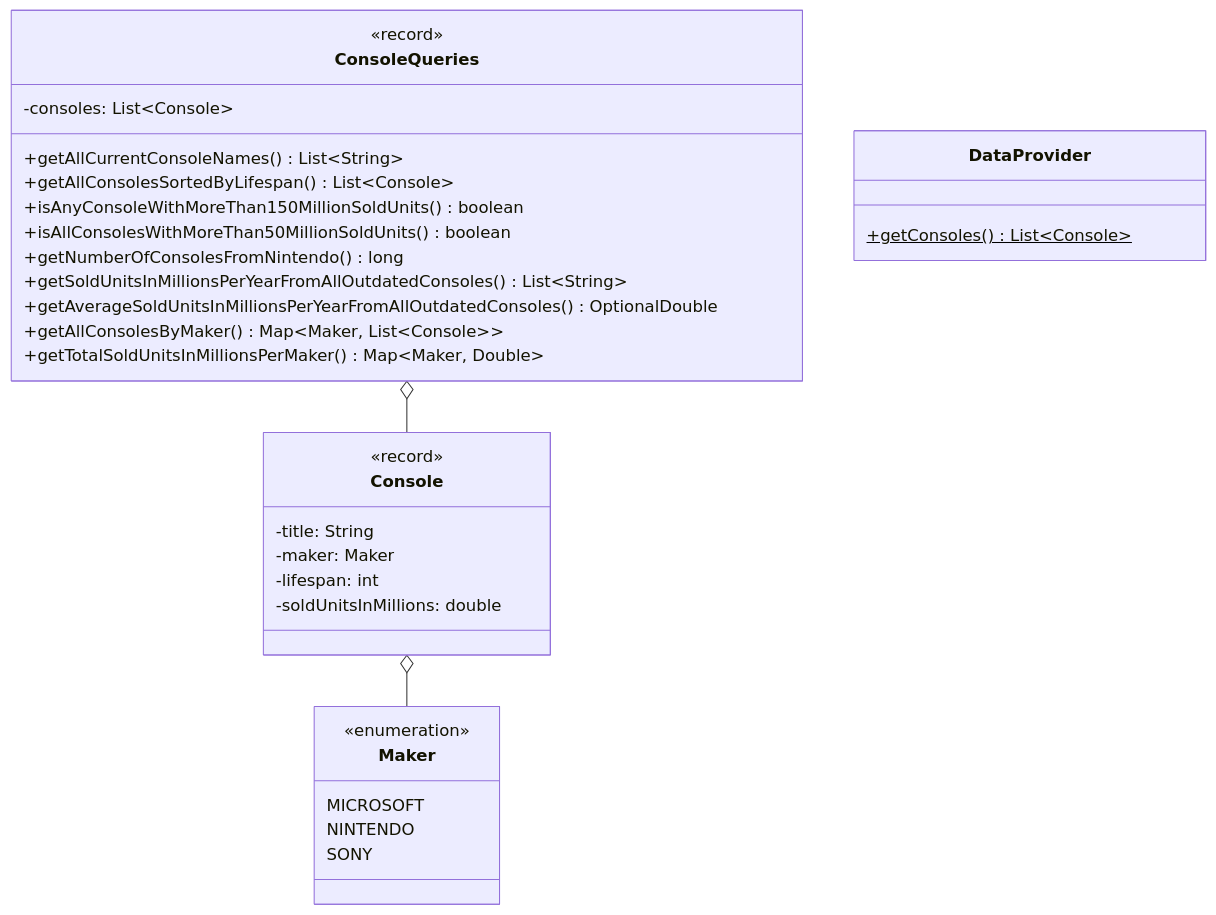
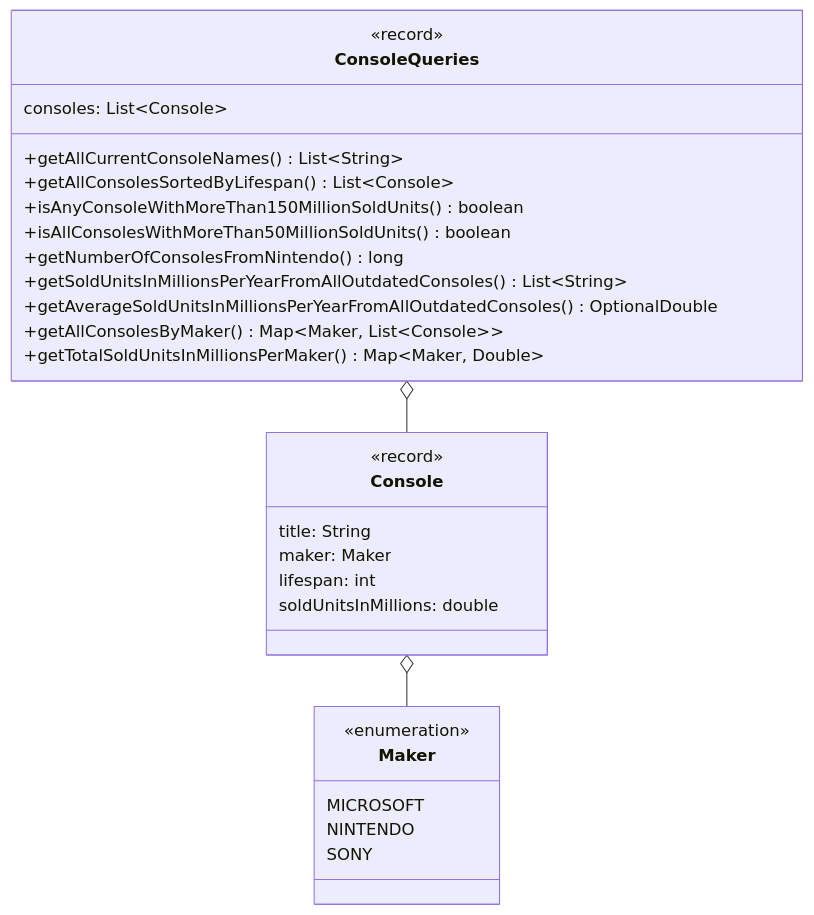
The diagram in docs/exercises/java-stream-api/java-stream-api01.mdx (jappuccini/java-docs), drawn with Mermaid before and after one commit. The commit also changed 33 other files, not shown here.

````diff
--- a/docs/exercises/java-stream-api/java-stream-api01.mdx
+++ b/docs/exercises/java-stream-api/java-stream-api01.mdx
@@ -14,38 +14,34 @@
 ```mermaid
 classDiagram
     Console o-- Maker
     ConsoleQueries o-- Console
 
     class Maker {
         <<enumeration>>
         MICROSOFT
         NINTENDO
         SONY
     }
 
     class Console {
         <<record>>
-        -title: String
-        -maker: Maker
-        -lifespan: int
-        -soldUnitsInMillions: double
-    }
-
-    class DataProvider {
-        +getConsoles()$ List~Console~
+        title: String
+        maker: Maker
+        lifespan: int
+        soldUnitsInMillions: double
     }
 
     class ConsoleQueries {
         <<record>>
-        -consoles: List~Console~
+        consoles: List~Console~
         +getAllCurrentConsoleNames() List~String~
         +getAllConsolesSortedByLifespan() List~Console~
         +isAnyConsoleWithMoreThan150MillionSoldUnits() boolean
         +isAllConsolesWithMoreThan50MillionSoldUnits() boolean
         +getNumberOfConsolesFromNintendo() long
         +getSoldUnitsInMillionsPerYearFromAllOutdatedConsoles() List~String~
         +getAverageSoldUnitsInMillionsPerYearFromAllOutdatedConsoles() OptionalDouble
         +getAllConsolesByMaker() Map~Maker&sbquo; List~Console~~
         +getTotalSoldUnitsInMillionsPerMaker() Map~Maker, Double~
     }
 ```
````
